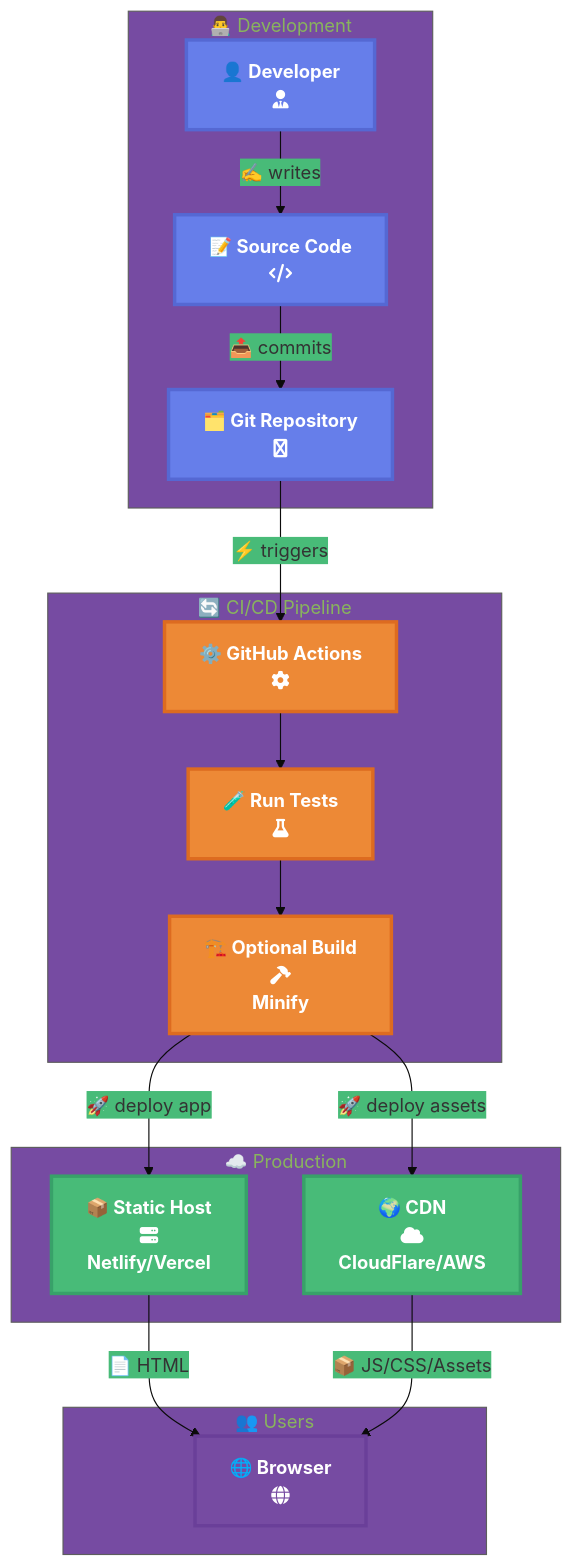
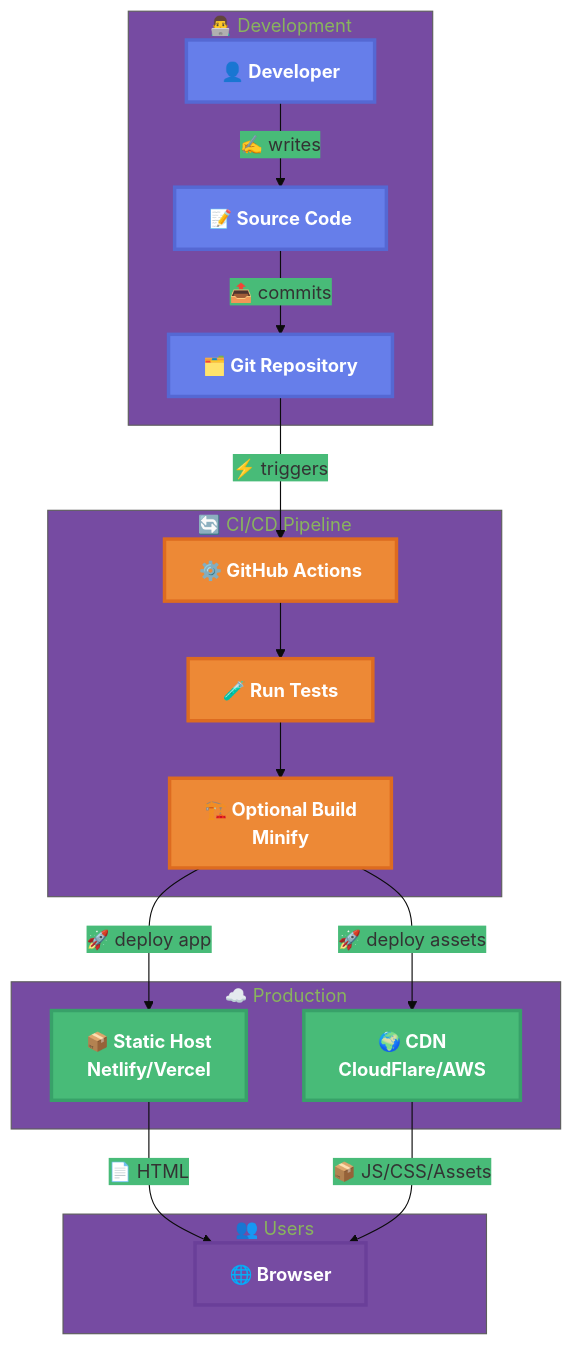
The fifth of 5 diagrams in docs/books/learning-larc/diagrams/01-architecture-overview.md (larcjs/larc), drawn with Mermaid before and after one commit. The commit also changed other lines of this file and 1 other file, not shown here.

First line of the commit message:
fix: remove FontAwesome icon references from diagrams

````diff
--- a/docs/books/learning-larc/diagrams/01-architecture-overview.md
+++ b/docs/books/learning-larc/diagrams/01-architecture-overview.md
@@ -182,47 +182,47 @@
 ```mermaid
 %%{init: {'theme':'base', 'themeVariables': { 'primaryColor':'#667eea','secondaryColor':'#48bb78','tertiaryColor':'#764ba2'}}}%%
 graph TB
     subgraph Dev["👨‍💻 Development"]
-        Developer["👤 Developer<br/>fa:fa-user-tie"]
-        Code["📝 Source Code<br/>fa:fa-code"]
-        Git["🗂️ Git Repository<br/>fa:fa-git-alt"]
+        Developer["👤 Developer"]
+        Code["📝 Source Code"]
+        Git["🗂️ Git Repository"]
 
         Developer -->|✍️ writes| Code
         Code -->|📤 commits| Git
     end
 
     subgraph CICD["🔄 CI/CD Pipeline"]
-        GH["⚙️ GitHub Actions<br/>fa:fa-cog"]
-        Test["🧪 Run Tests<br/>fa:fa-flask"]
-        Build["🏗️ Optional Build<br/>fa:fa-hammer<br/>Minify"]
+        GH["⚙️ GitHub Actions"]
+        Test["🧪 Run Tests"]
+        Build["🏗️ Optional Build<br/>Minify"]
 
         Git -->|⚡ triggers| GH
         GH --> Test
         Test --> Build
     end
 
     subgraph Prod["☁️ Production"]
-        CDN["🌍 CDN<br/>fa:fa-cloud<br/>CloudFlare/AWS"]
-        Static["📦 Static Host<br/>fa:fa-server<br/>Netlify/Vercel"]
+        CDN["🌍 CDN<br/>CloudFlare/AWS"]
+        Static["📦 Static Host<br/>Netlify/Vercel"]
 
         Build -->|🚀 deploy assets| CDN
         Build -->|🚀 deploy app| Static
     end
 
     subgraph Users["👥 Users"]
-        Browser["🌐 Browser<br/>fa:fa-globe"]
+        Browser["🌐 Browser"]
 
         Static -->|📄 HTML| Browser
         CDN -->|📦 JS/CSS/Assets| Browser
     end
 
     classDef developer fill:#667eea,stroke:#5568d3,stroke-width:3px,color:#fff,font-weight:bold
     classDef production fill:#48bb78,stroke:#38a169,stroke-width:3px,color:#fff,font-weight:bold
     classDef user fill:#764ba2,stroke:#6a3f99,stroke-width:3px,color:#fff,font-weight:bold
     classDef cicd fill:#ed8936,stroke:#dd6b20,stroke-width:3px,color:#fff,font-weight:bold
 
     class Code,Developer,Git developer
     class Static,CDN production
     class Browser user
     class GH,Test,Build cicd
 ```
````
